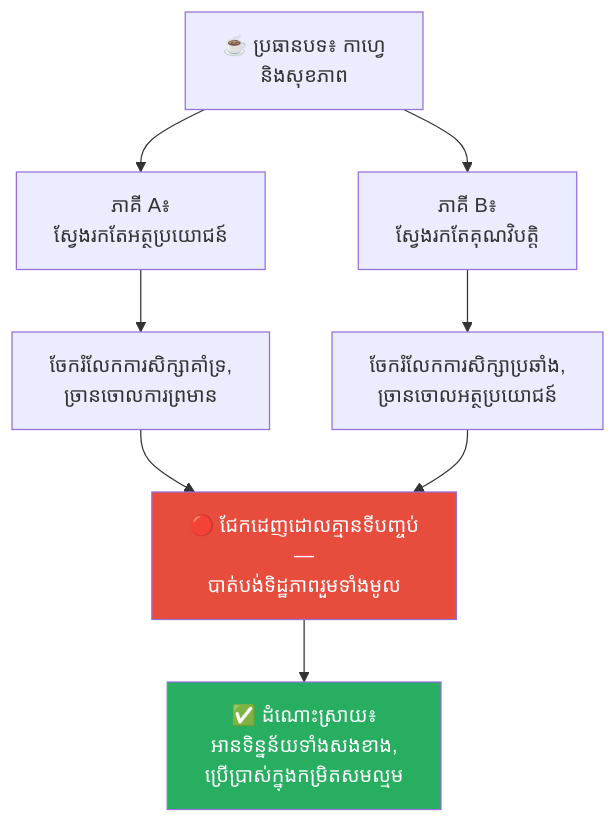
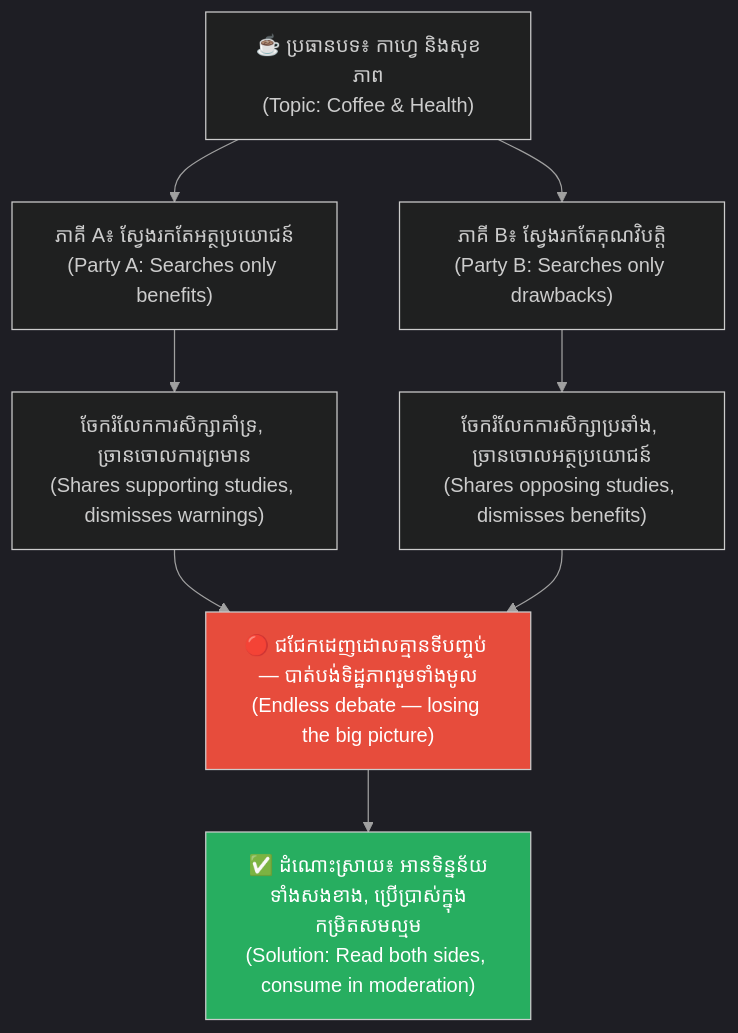
The first of 7 diagrams in feeds/concepts/articles/01-confirmation-bias.md (GuideStack/iblogger-feeds), drawn with Mermaid before and after one commit. The commit also changed other lines of this file, not shown here.

````diff
--- a/feeds/concepts/articles/01-confirmation-bias.md
+++ b/feeds/concepts/articles/01-confirmation-bias.md
@@ -76,13 +107,22 @@
 ```mermaid
+%%{init: {
+  'theme': 'dark',
+  'themeVariables': {
+    'background': '#1e1e1e',
+    'primaryTextColor': '#ffffff',
+    'lineColor': '#a0a0a0'
+  },
+  'themeCSS': 'svg { background-color: #1e1e1e !important; padding: 1rem !important; border-radius: 8px !important; } .edgeLabel rect { fill: #1e1e1e !important; } text, tspan { fill: #ffffff !important; }'
+}}%%
 graph TD
-    A["☕ ប្រធានបទ៖ កាហ្វេ<br/>និងសុខភាព"] --> B["ភាគី A៖<br/>ស្វែងរកតែអត្ថប្រយោជន៍"]
-    A --> C["ភាគី B៖<br/>ស្វែងរកតែគុណវិបត្តិ"]
-    B --> D["ចែករំលែកការសិក្សាគាំទ្រ,<br/>ច្រានចោលការព្រមាន"]
-    C --> E["ចែករំលែកការសិក្សាប្រឆាំង,<br/>ច្រានចោលអត្ថប្រយោជន៍"]
-    D --> F["🔴 ជែកដេញដោលគ្មានទីបញ្ចប់<br/>—<br/>បាត់បង់ទិដ្ឋភាពរួមទាំងមូល"]
+    A["☕ ប្រធានបទ៖ កាហ្វេ និងសុខភាព<br/>(Topic: Coffee & Health)"] --> B["ភាគី A៖ ស្វែងរកតែអត្ថប្រយោជន៍<br/>(Party A: Searches only benefits)"]
+    A --> C["ភាគី B៖ ស្វែងរកតែគុណវិបត្តិ<br/>(Party B: Searches only drawbacks)"]
+    B --> D["ចែករំលែកការសិក្សាគាំទ្រ, ច្រានចោលការព្រមាន<br/>(Shares supporting studies, dismisses warnings)"]
+    C --> E["ចែករំលែកការសិក្សាប្រឆាំង, ច្រានចោលអត្ថប្រយោជន៍<br/>(Shares opposing studies, dismisses benefits)"]
+    D --> F["🔴 ជជែកដេញដោលគ្មានទីបញ្ចប់ — បាត់បង់ទិដ្ឋភាពរួមទាំងមូល<br/>(Endless debate — losing the big picture)"]
     E --> F
-    F --> G["✅ ដំណោះស្រាយ៖<br/>អានទិន្នន័យទាំងសងខាង,<br/>ប្រើប្រាស់ក្នុងកម្រិតសមល្មម"]
+    F --> G["✅ ដំណោះស្រាយ៖ អានទិន្នន័យទាំងសងខាង, ប្រើប្រាស់ក្នុងកម្រិតសមល្មម<br/>(Solution: Read both sides, consume in moderation)"]
 
     style F fill:#e74c3c,color:#fff
     style G fill:#27ae60,color:#fff
 ```
````
